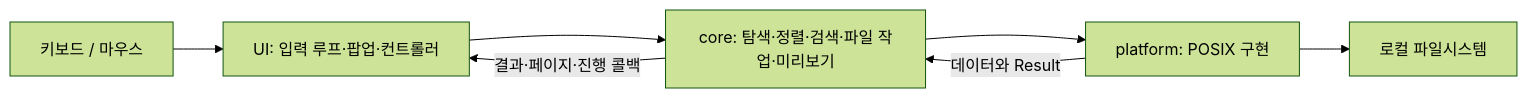
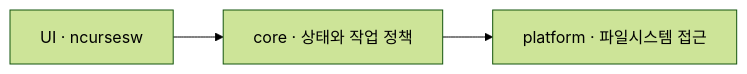
One commit to DongminKang0919/terminal-file-manager changed the diagram in README.md. Above: the diagram before and after it, drawn with Mermaid (forest theme). The commit also changed other lines of this file and 1 other file, not shown here.

````diff
--- a/README.md
+++ b/README.md
@@ -27,9 +112,5 @@
 ```mermaid
 flowchart LR
-    User[키보드 / 마우스] --> UI[UI: 입력 루프·팝업·컨트롤러]
-    UI --> Core[core: 탐색·정렬·검색·파일 작업·미리보기]
-    Core --> Platform[platform: POSIX 구현]
-    Platform --> FS[로컬 파일시스템]
-    Platform -- 데이터와 Result --> Core
-    Core -- 결과·페이지·진행 콜백 --> UI
+    UI[UI · ncursesw] --> Core[core · 상태와 작업 정책]
+    Core --> Platform[platform · 파일시스템 접근]
 ```
````
